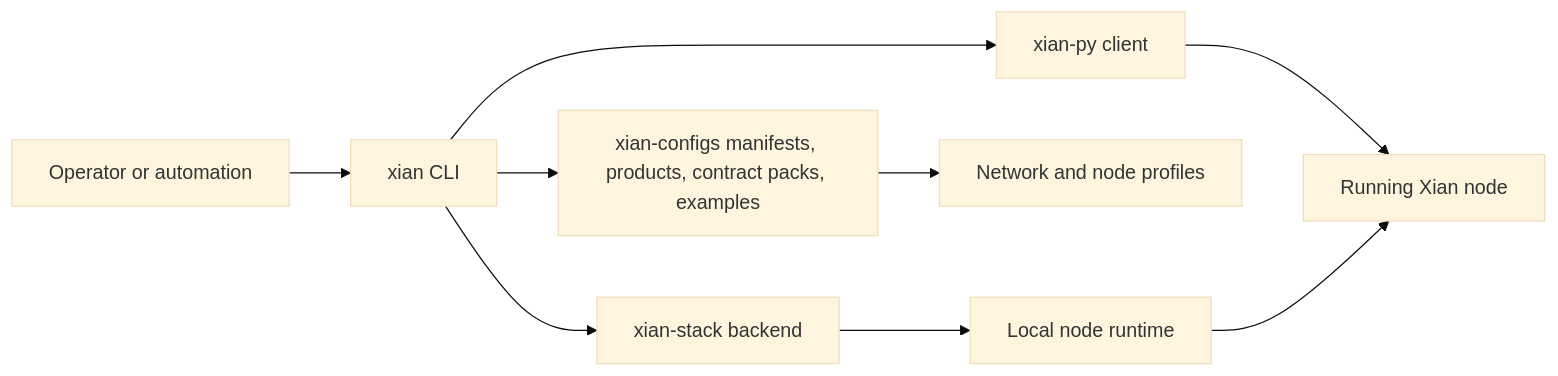
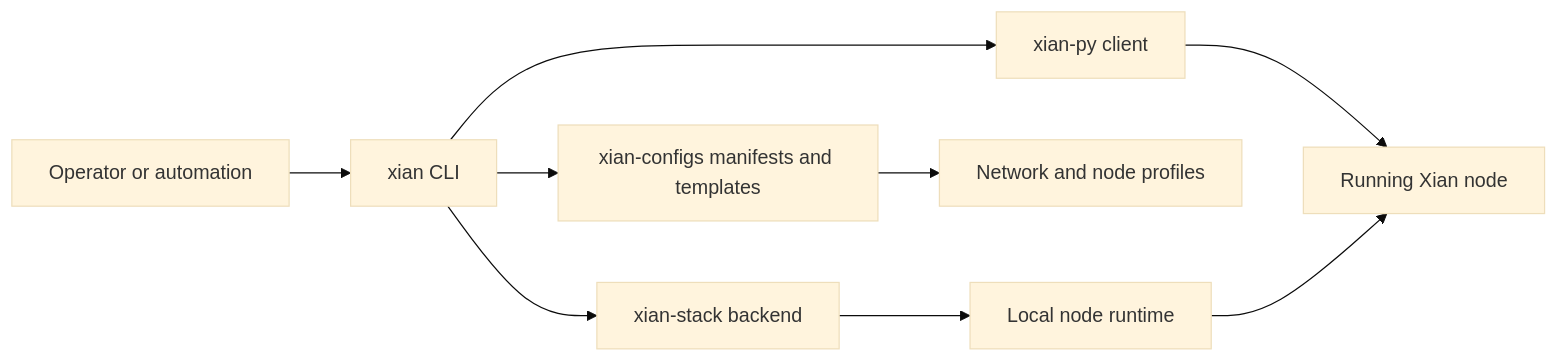
The diagram in README.md (xian-technology/xian-cli), drawn with Mermaid (base theme) before and after one commit. The commit also changed other lines of this file and 9 other files, not shown here.

````diff
--- a/README.md
+++ b/README.md
@@ -15,11 +15,11 @@
 ```mermaid
 flowchart LR
   Operator["Operator or automation"] --> CLI["xian CLI"]
-  CLI --> Configs["xian-configs manifests, products, contract packs, examples"]
+  CLI --> Configs["xian-configs manifests and templates"]
   CLI --> Stack["xian-stack backend"]
   CLI --> SDK["xian-py client"]
   Configs --> Profiles["Network and node profiles"]
   Stack --> Runtime["Local node runtime"]
   SDK --> Node["Running Xian node"]
   Runtime --> Node
 ```
````
